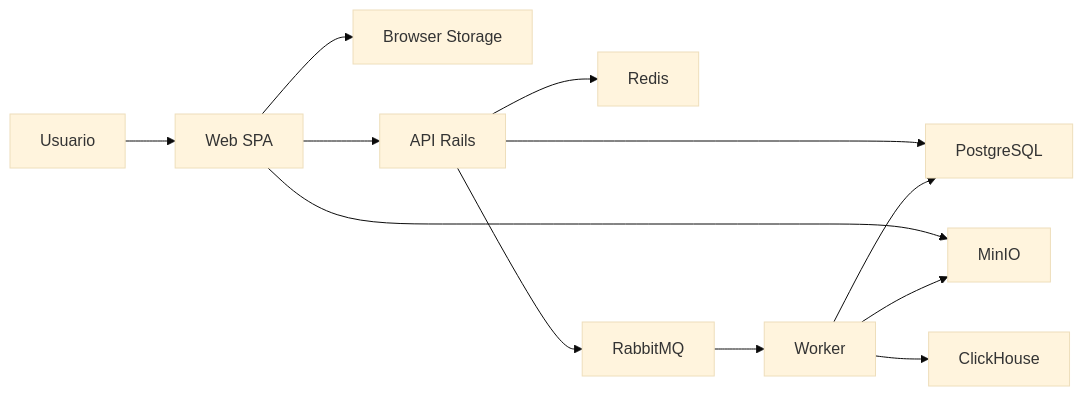
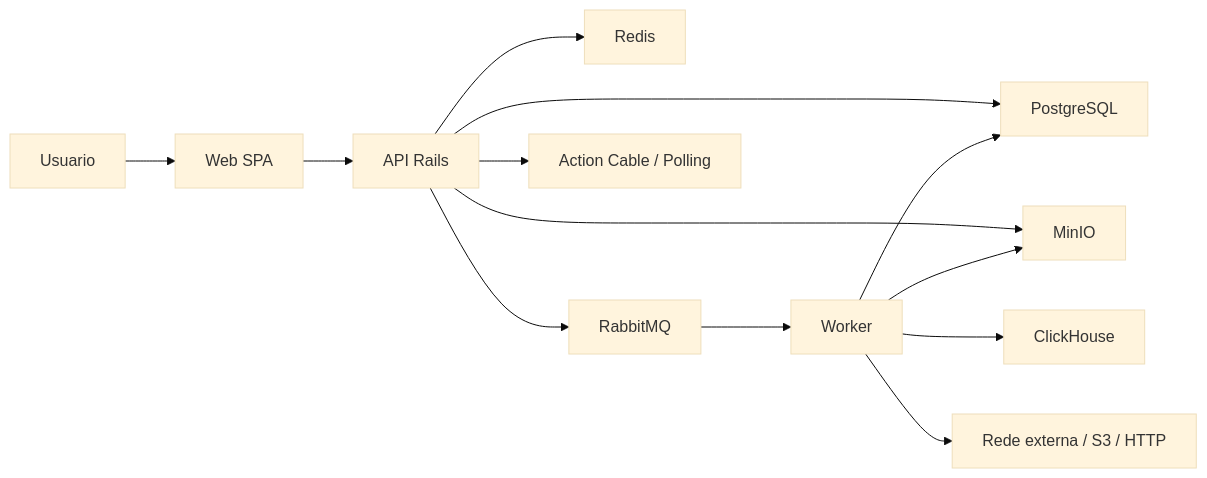
One commit to ItaloSamP/StreamGate changed the diagram in docs/guides/security/streamgate-threat-model.md. Above: the diagram before and after it, drawn with Mermaid (base theme). The commit also changed other lines of this file and 175 other files, not shown here.

````diff
--- a/docs/guides/security/streamgate-threat-model.md
+++ b/docs/guides/security/streamgate-threat-model.md
@@ -134,14 +51,15 @@
 ```mermaid
 flowchart LR
   U["Usuario"] --> W["Web SPA"]
-  W --> B["Browser Storage"]
   W --> A["API Rails"]
-  W --> M["MinIO"]
   A --> P["PostgreSQL"]
   A --> R["Redis"]
+  A --> M["MinIO"]
   A --> Q["RabbitMQ"]
+  A --> C["Action Cable / Polling"]
   Q --> K["Worker"]
   K --> M
   K --> P
-  K --> C["ClickHouse"]
+  K --> H["ClickHouse"]
+  K --> E["Rede externa / S3 / HTTP"]
 ```
````
